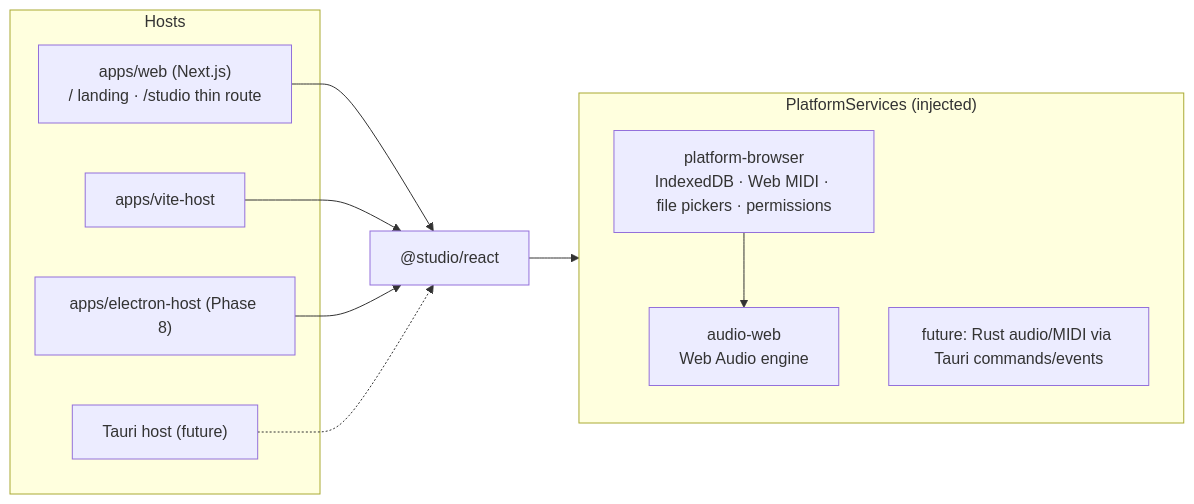
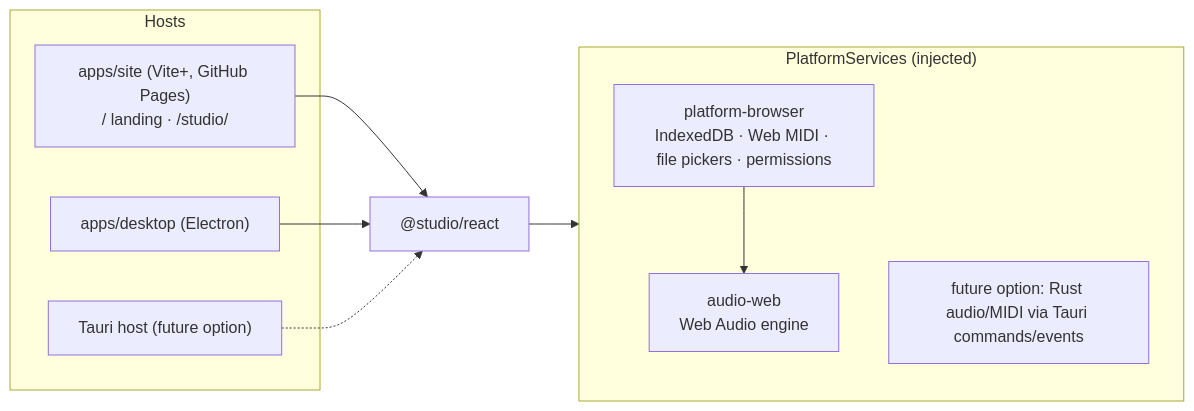
Before and after one commit to itsdula/music-app: the first of 8 diagrams in docs/architecture.md, drawn with Mermaid. The commit also changed other lines of this file and 198 other files, not shown here.

First line of the commit message:
Rebrand to Nawa: Vite+ site on GitHub Pages and Electron desktop releases

````diff
--- a/docs/architecture.md
+++ b/docs/architecture.md
@@ -61,21 +64,19 @@
 ```mermaid
 flowchart LR
   subgraph Hosts
-    NEXT["apps/web (Next.js)\n/ landing · /studio thin route"]
-    VITE["apps/vite-host"]
-    ELEC["apps/electron-host (Phase 8)"]
-    TAURI["Tauri host (future)"]
+    SITE["apps/site (Vite+, GitHub Pages)\n/ landing · /studio/"]
+    ELEC["apps/desktop (Electron)"]
+    TAURI["Tauri host (future option)"]
   end
   STUDIO["@studio/react\n<Studio platform? config? />"]
-  NEXT --> STUDIO
-  VITE --> STUDIO
+  SITE --> STUDIO
   ELEC --> STUDIO
   TAURI -.-> STUDIO
   subgraph Platform["PlatformServices (injected)"]
     PB["platform-browser\nIndexedDB · Web MIDI · file pickers · permissions"]
     AW["audio-web\nWeb Audio engine"]
-    NATIVE["future: Rust audio/MIDI via Tauri commands/events"]
+    NATIVE["future option: Rust audio/MIDI via Tauri commands/events"]
   end
   STUDIO --> Platform
   PB --> AW
 ```
````
